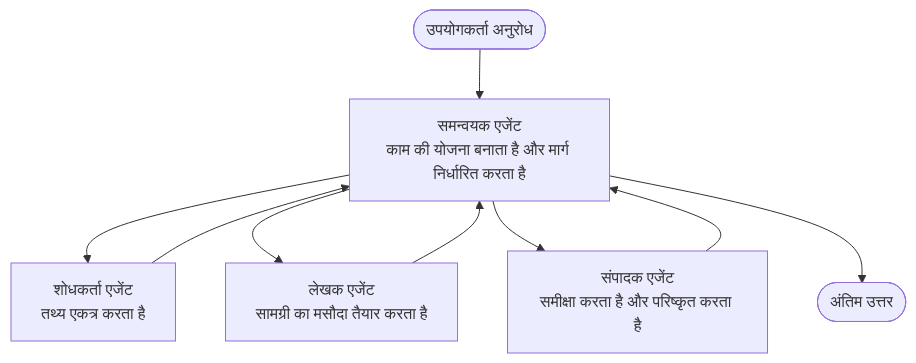
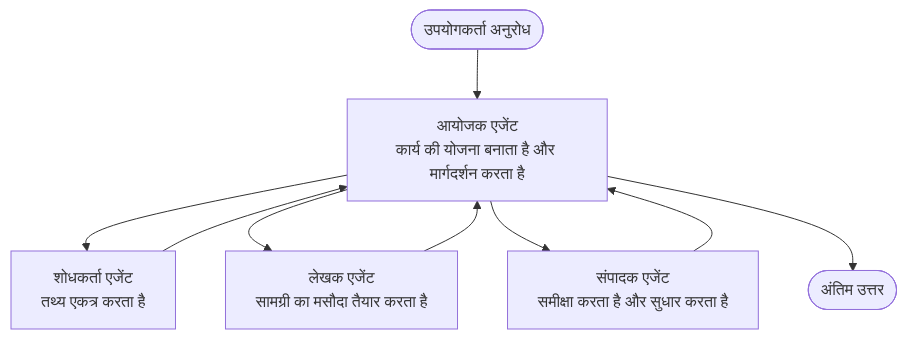
One commit to microsoft/AZD-for-beginners changed the diagram in translations/hi/docs/chapter-05-multi-agent/multi-agent-basics.md. Above: the diagram before and after it, drawn with Mermaid. The commit also changed other lines of this file and 60 other files, not shown here.

````diff
--- a/translations/hi/docs/chapter-05-multi-agent/multi-agent-basics.md
+++ b/translations/hi/docs/chapter-05-multi-agent/multi-agent-basics.md
@@ -43,11 +43,11 @@
 ```mermaid
 graph TD
-    User([उपयोगकर्ता अनुरोध]) --> Orchestrator[समन्वयक एजेंट<br/>काम की योजना बनाता है और मार्ग निर्धारित करता है]
+    User([उपयोगकर्ता अनुरोध]) --> Orchestrator[आयोजक एजेंट<br/>कार्य की योजना बनाता है और मार्गदर्शन करता है]
     Orchestrator --> Researcher[शोधकर्ता एजेंट<br/>तथ्य एकत्र करता है]
     Orchestrator --> Writer[लेखक एजेंट<br/>सामग्री का मसौदा तैयार करता है]
-    Orchestrator --> Editor[संपादक एजेंट<br/>समीक्षा करता है और परिष्कृत करता है]
+    Orchestrator --> Editor[संपादक एजेंट<br/>समीक्षा करता है और सुधार करता है]
     Researcher --> Orchestrator
     Writer --> Orchestrator
     Editor --> Orchestrator
     Orchestrator --> Result([अंतिम उत्तर])
 ```
````
